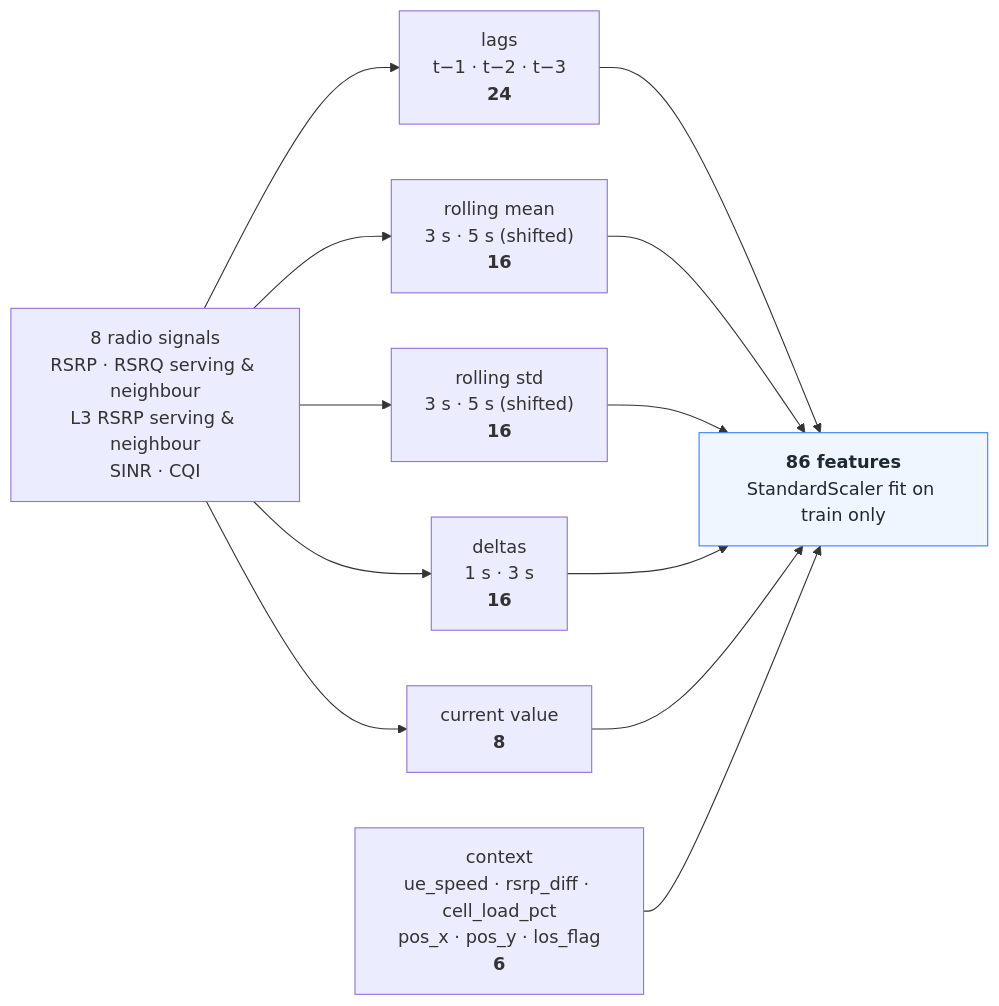
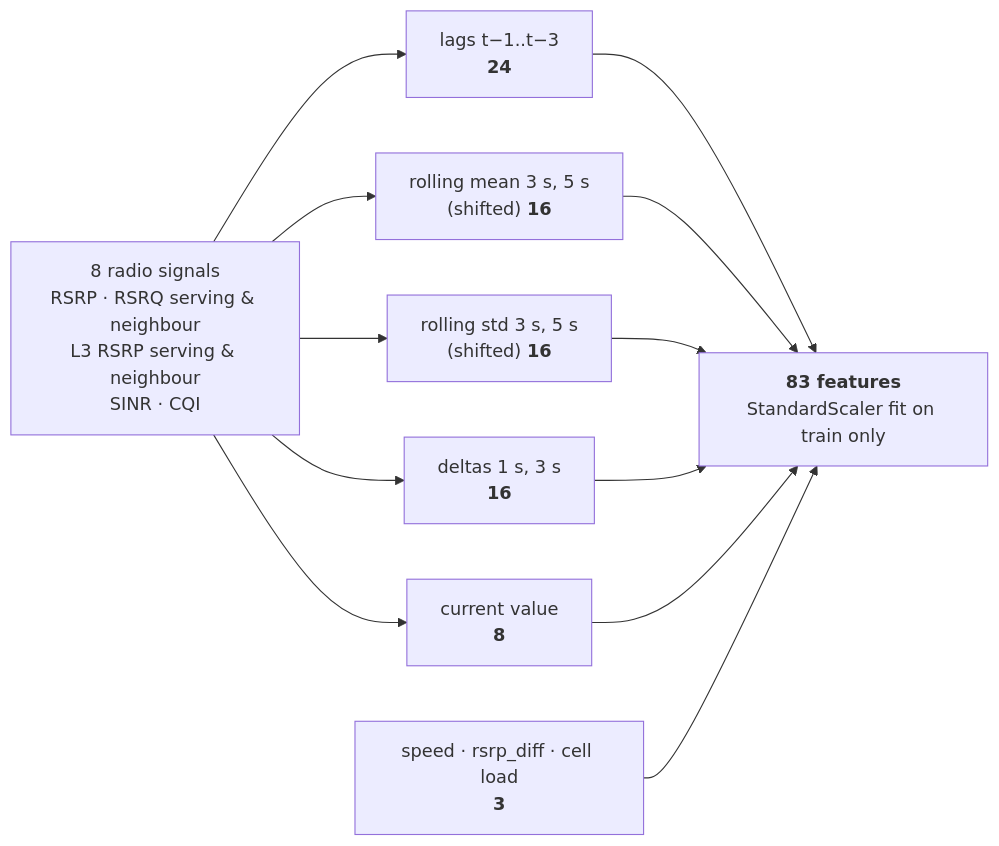
Before and after one commit to SouhailBourhim/Intelligent-Handover-Prediction-LTE: the third of 4 diagrams in README.md, drawn with Mermaid. The commit also changed other lines of this file and 17 other files, not shown here.

````diff
--- a/README.md
+++ b/README.md
@@ -234,13 +197,11 @@
 ```mermaid
 flowchart LR
     S["8 radio signals<br/>RSRP · RSRQ serving & neighbour<br/>L3 RSRP serving & neighbour<br/>SINR · CQI"]
-    S --> L["lags<br/>t−1 · t−2 · t−3<br/><b>24</b>"]
-    S --> M["rolling mean<br/>3 s · 5 s (shifted)<br/><b>16</b>"]
-    S --> D["rolling std<br/>3 s · 5 s (shifted)<br/><b>16</b>"]
-    S --> DL["deltas<br/>1 s · 3 s<br/><b>16</b>"]
-    S --> RAWF["current value<br/><b>8</b>"]
-    CTX["context<br/>ue_speed · rsrp_diff · cell_load_pct<br/>pos_x · pos_y · los_flag<br/><b>6</b>"]
-    L & M & D & DL & RAWF & CTX --> F["<b>86 features</b><br/>StandardScaler fit on train only"]
-    classDef out fill:#eff6ff,stroke:#3b82f6,color:#1f2933
-    class F out
+    S --> L["lags t−1..t−3<br/><b>24</b>"]
+    S --> M["rolling mean 3 s, 5 s<br/>(shifted) <b>16</b>"]
+    S --> D["rolling std 3 s, 5 s<br/>(shifted) <b>16</b>"]
+    S --> DL["deltas 1 s, 3 s<br/><b>16</b>"]
+    S --> V["current value<br/><b>8</b>"]
+    CTX["speed · rsrp_diff · cell load<br/><b>3</b>"]
+    L & M & D & DL & V & CTX --> F["<b>83 features</b><br/>StandardScaler fit on train only"]
 ```
````
